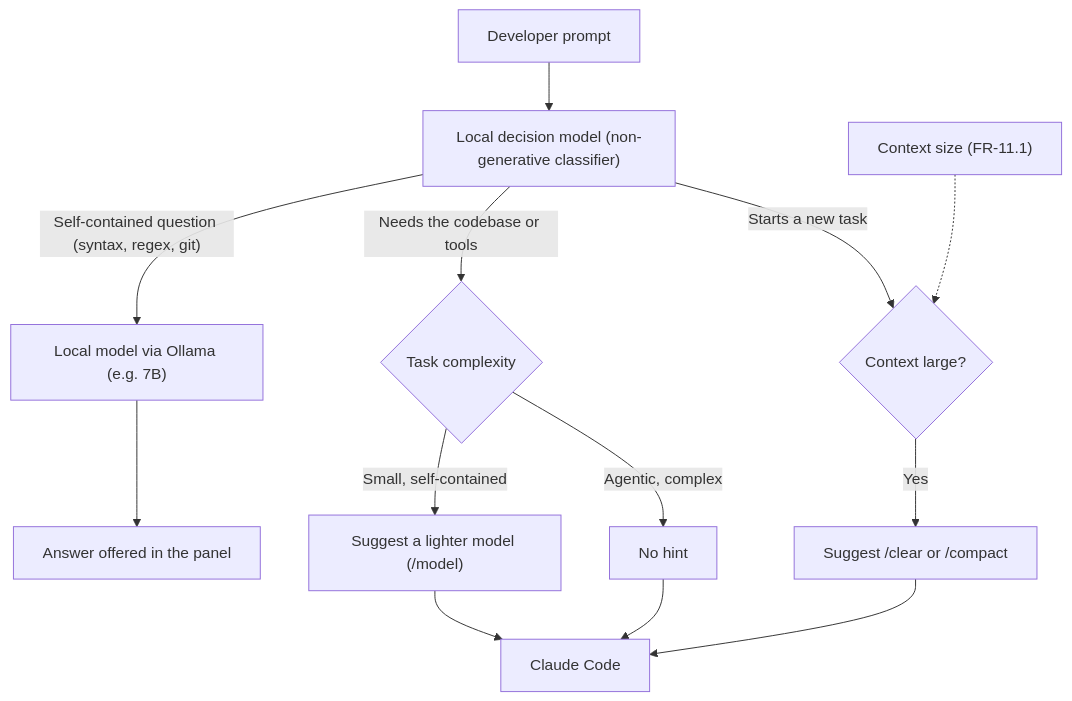
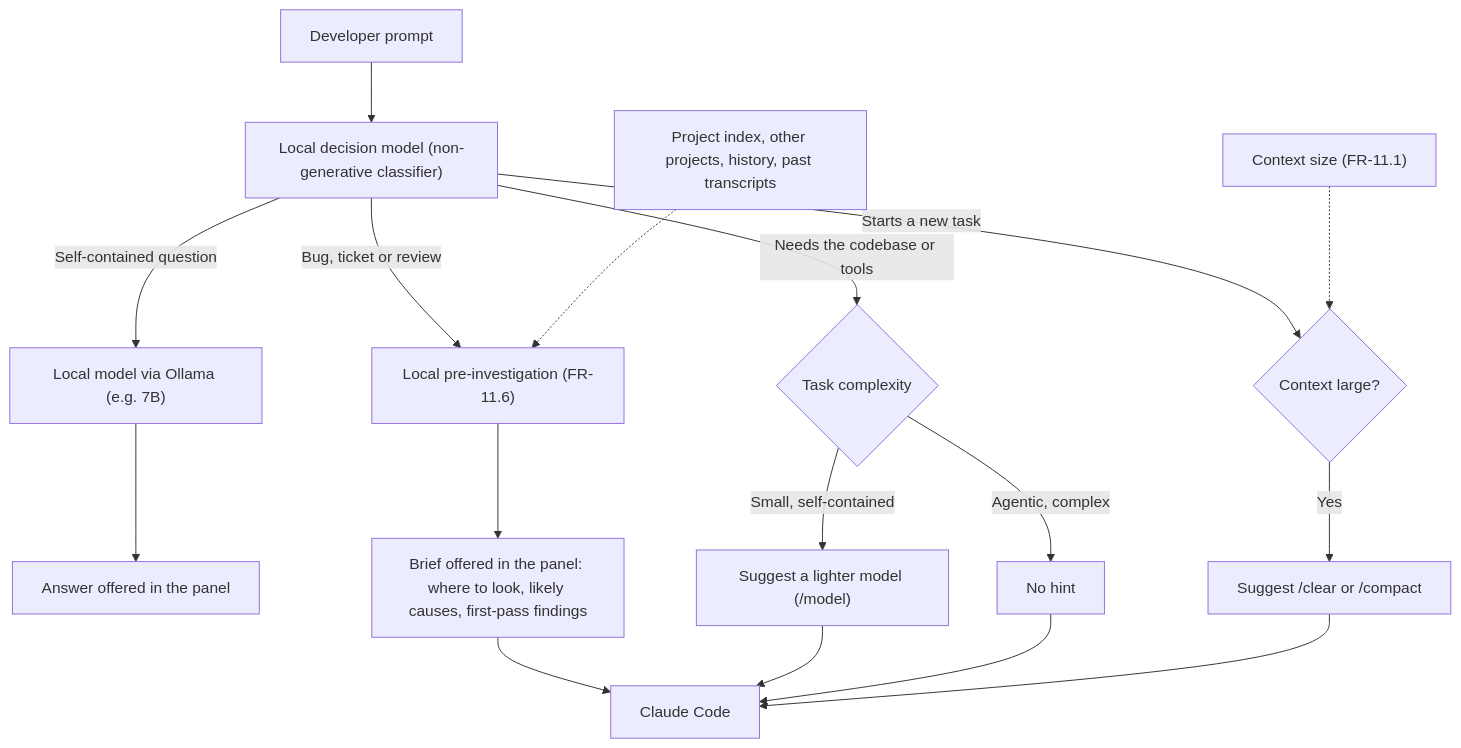
Before and after one commit to pmvieira93/prompt-engine-cli: the diagram in docs/PRD-APPENDIX-5.md, drawn with Mermaid. The commit also changed other lines of this file, not shown here.

First line of the commit message:
Frame the local models as an orchestrator in Appendix 5

````diff
--- a/docs/PRD-APPENDIX-5.md
+++ b/docs/PRD-APPENDIX-5.md
@@ -41,19 +46,24 @@
 ```mermaid
 flowchart TD
     User["Developer prompt"] --> Router["Local decision model (non-generative classifier)"]
 
-    Router -->|"Self-contained question (syntax, regex, git)"| LocalAns["Local model via Ollama (e.g. 7B)"]
+    Router -->|"Self-contained question"| LocalAns["Local model via Ollama (e.g. 7B)"]
     LocalAns --> PanelZero["Answer offered in the panel"]
+
+    Router -->|"Bug, ticket or review"| Investigate["Local pre-investigation (FR-11.6)"]
+    Sources["Project index, other projects, history, past transcripts"] -.-> Investigate
+    Investigate --> Brief["Brief offered in the panel: where to look, likely causes, first-pass findings"]
 
     Router -->|"Needs the codebase or tools"| Complexity{"Task complexity"}
     Complexity -->|"Small, self-contained"| HaikuPrompt["Suggest a lighter model (/model)"]
     Complexity -->|"Agentic, complex"| NoHint["No hint"]
 
     Router -->|"Starts a new task"| NewTask{"Context large?"}
     Tracker["Context size (FR-11.1)"] -.-> NewTask
     NewTask -->|"Yes"| ClearPrompt["Suggest /clear or /compact"]
 
-    HaikuPrompt --> Claude["Claude Code"]
+    Brief --> Claude["Claude Code"]
+    HaikuPrompt --> Claude
     NoHint --> Claude
     ClearPrompt --> Claude
 ```
````
